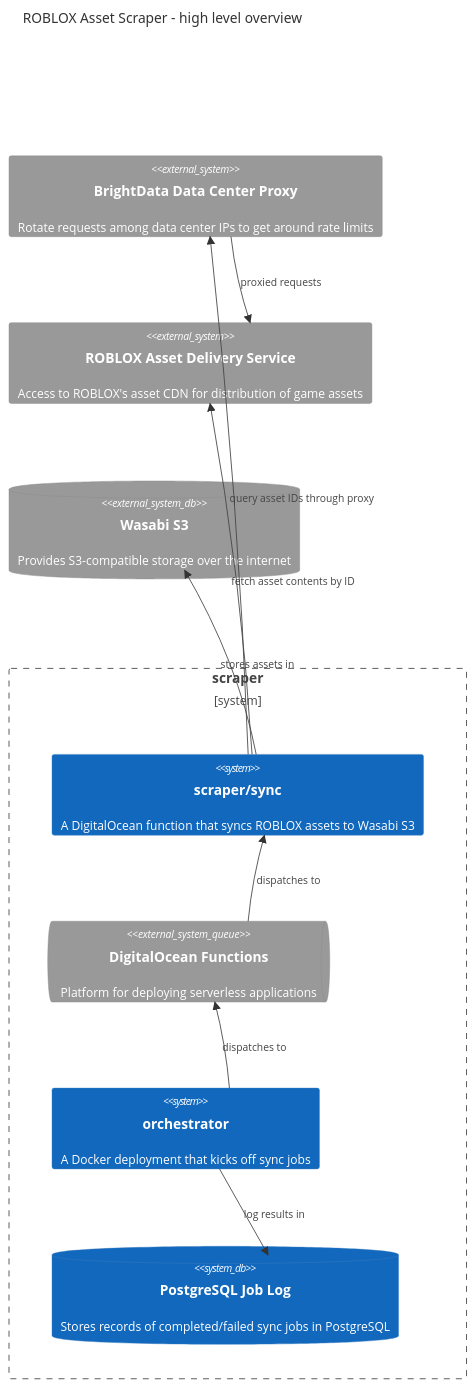
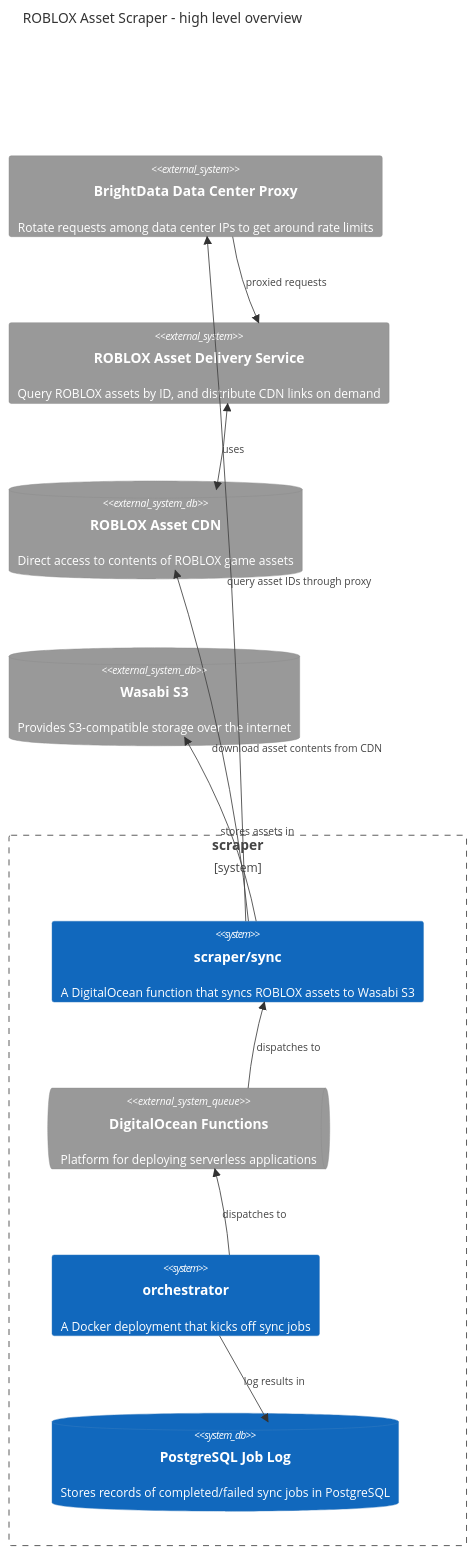
The diagram in README.md (suremarc/go-rblx-asset-scraper), drawn with Mermaid before and after one commit. The commit also changed other lines of this file, not shown here.

Commit message:
separate ROBLOX CDN and ROBLOX assetdelivery API

````diff
--- a/README.md
+++ b/README.md
@@ -7,21 +9,23 @@
 ```mermaid
 C4Context
   title ROBLOX Asset Scraper - high level overview
   Boundary(scraper, "scraper") {
     System(sync, "scraper/sync", "A DigitalOcean function that syncs ROBLOX assets to Wasabi S3")
     SystemQueue_Ext(do, "DigitalOcean Functions", "Platform for deploying serverless applications")
     System(orchestrator, "orchestrator", "A Docker deployment that kicks off sync jobs")
     SystemDb(postgres, "PostgreSQL Job Log", "Stores records of completed/failed sync jobs in PostgreSQL")
     Rel(orchestrator, postgres, "log results in")
   }
   System_Ext(proxy, "BrightData Data Center Proxy", "Rotate requests among data center IPs to get around rate limits")
-  System_Ext(rblx, "ROBLOX Asset Delivery Service", "Access to ROBLOX's asset CDN for distribution of game assets")
+  System_Ext(rblx, "ROBLOX Asset Delivery Service", "Query ROBLOX assets by ID, and distribute CDN links on demand")
+  SystemDb_Ext(cdn, "ROBLOX Asset CDN", "Direct access to contents of ROBLOX game assets")
   SystemDb_Ext(s3, "Wasabi S3", "Provides S3-compatible storage over the internet")
 
   Rel(orchestrator, do, "dispatches to")
   Rel(do, sync, "dispatches to")
   Rel(sync, proxy, "query asset IDs through proxy")
   Rel(proxy, rblx, "proxied requests")
-  Rel(sync, rblx, "fetch asset contents by ID")
+  Rel(sync, cdn, "download asset contents from CDN")
+  BiRel(rblx, cdn, "uses")
   Rel(sync, s3, "stores assets in")
 ```
````
